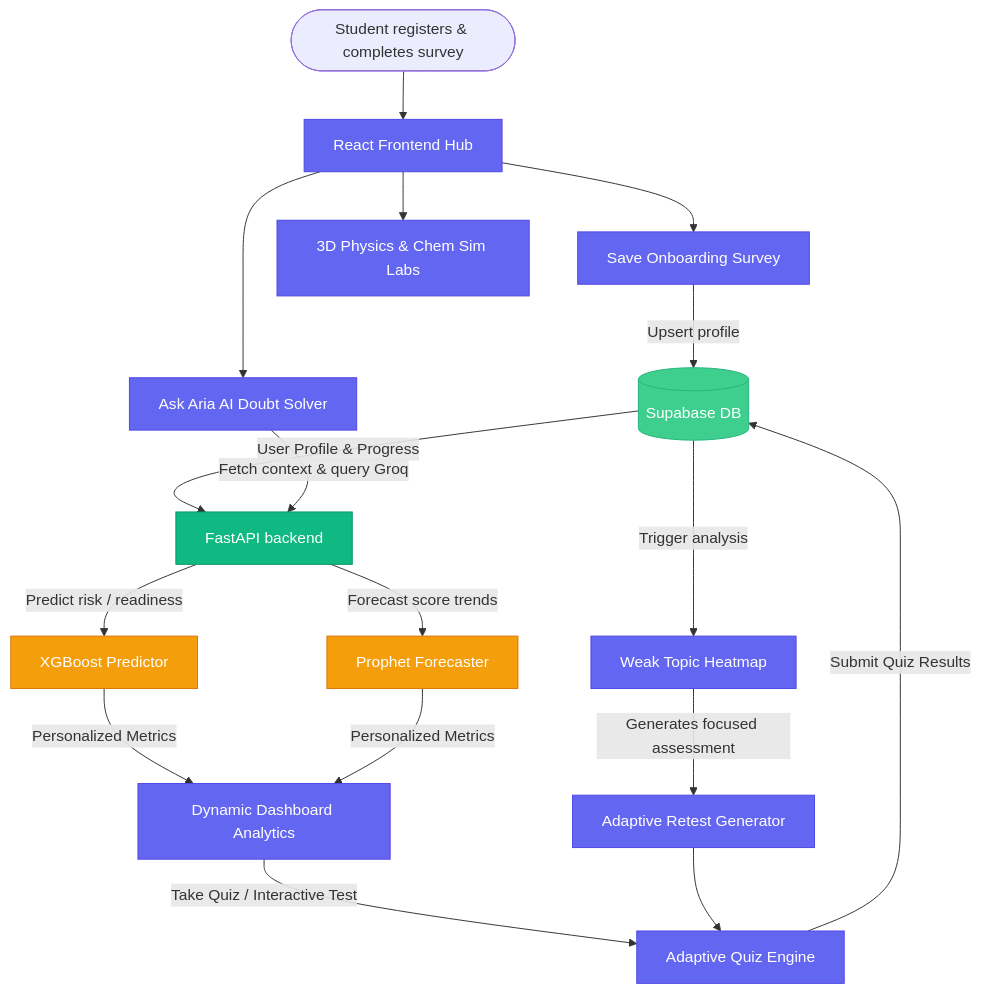
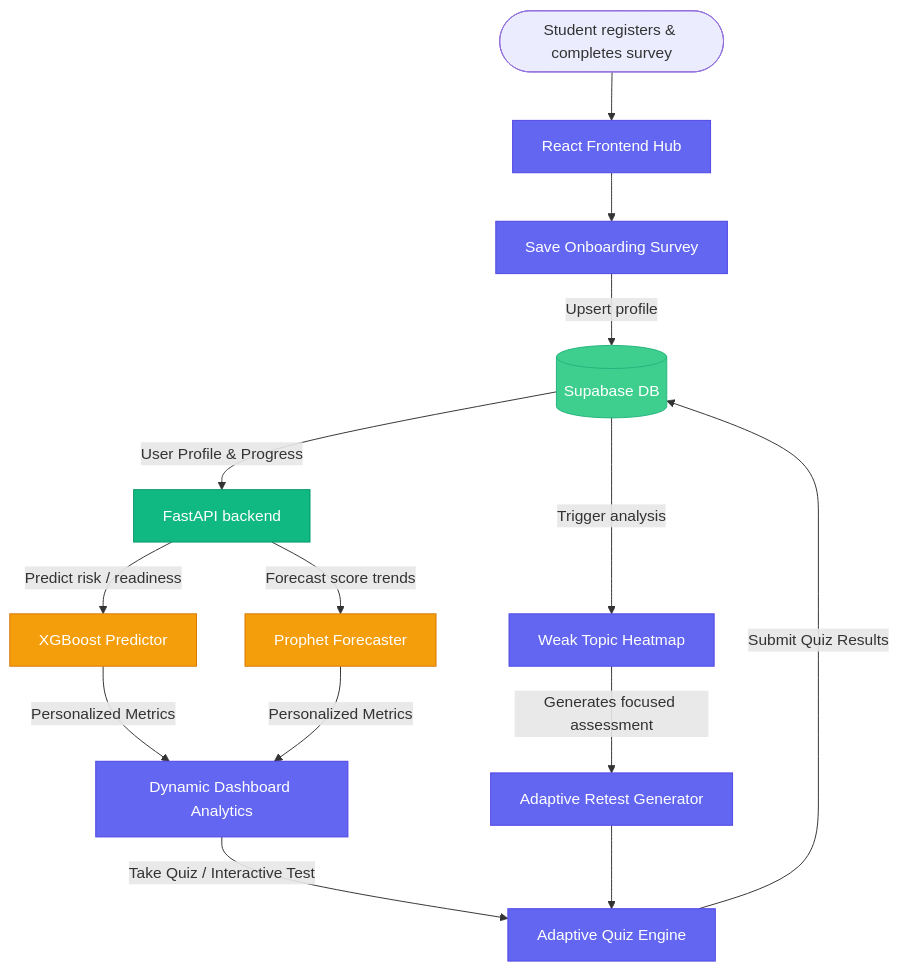
Before and after one commit to Vansh060206/EduMind: the first of 2 diagrams in README.md, drawn with Mermaid. The commit also changed other lines of this file and 28 other files, not shown here.

````diff
--- a/README.md
+++ b/README.md
@@ -47,30 +43,25 @@
 ```mermaid
 flowchart TD
     %% Define Styles
     classDef frontend fill:#6366f1,stroke:#4f46e5,color:#fff;
     classDef backend fill:#10b981,stroke:#059669,color:#fff;
     classDef database fill:#3ecf8e,stroke:#24b47e,color:#fff;
     classDef ml fill:#f59e0b,stroke:#d97706,color:#fff;
 
     Start([Student registers & completes survey]) --> UI[React Frontend Hub]:::frontend
     UI --> Survey[Save Onboarding Survey]:::frontend
     Survey -->|Upsert profile| DB[(Supabase DB)]:::database
 
     %% Learning loop
     DB --> |User Profile & Progress| API[FastAPI backend]:::backend
     API --> |Predict risk / readiness| XGB[XGBoost Predictor]:::ml
     API --> |Forecast score trends| Prophet[Prophet Forecaster]:::ml
 
     %% Course & Diagnostics
     XGB & Prophet --> |Personalized Metrics| Dashboard[Dynamic Dashboard Analytics]:::frontend
     Dashboard --> |Take Quiz / Interactive Test| Quiz[Adaptive Quiz Engine]:::frontend
     Quiz --> |Submit Quiz Results| DB
     DB --> |Trigger analysis| Heatmap[Weak Topic Heatmap]:::frontend
     Heatmap --> |Generates focused assessment| Diagnostics[Adaptive Retest Generator]:::frontend
     Diagnostics --> Quiz
-
-    %% Features
-    UI --> SimLab[3D Physics & Chem Sim Labs]:::frontend
-    UI --> Aria[Ask Aria AI Doubt Solver]:::frontend
-    Aria --> |Fetch context & query Groq| API
 ```
````
